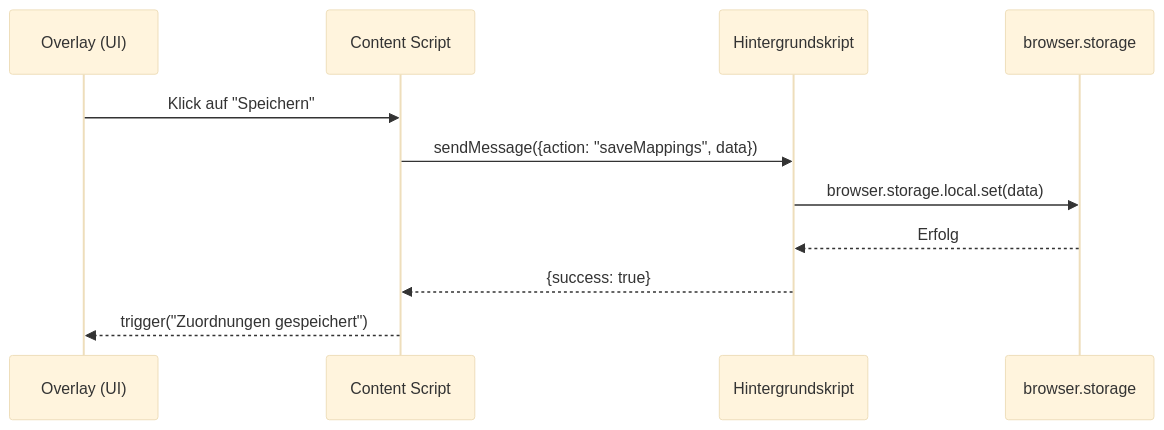
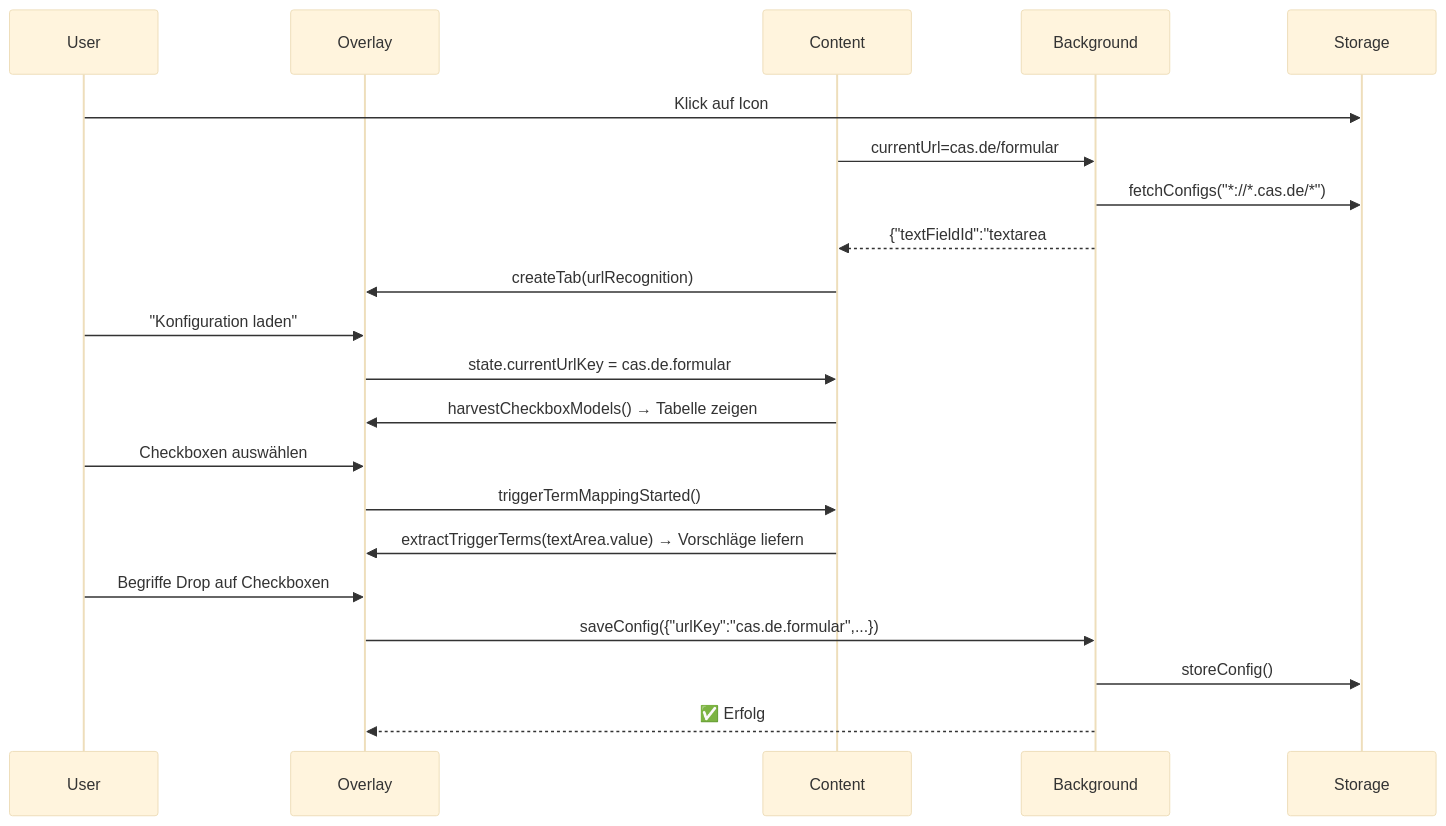
Before and after one commit to Esol1337HaXor/formtexter: the fourth of 4 diagrams in memory-bank/systemPatterns.md, drawn with Mermaid (base theme). The commit also changed other lines of this file and 11 other files, not shown here.

Commit message:
feat: FormTexter Addon - Overlay, MutationObserver, URL-basierte Erkennung

````diff
--- a/memory-bank/systemPatterns.md
+++ b/memory-bank/systemPatterns.md
@@ -48,14 +241,24 @@
-    ```mermaid
-    sequenceDiagram
-      participant Overlay as Overlay (UI)
-      participant Content as Content Script
-      participant Background as Hintergrundskript
-      participant Storage as browser.storage
+```mermaid
+sequenceDiagram
+    participant User
+    participant Overlay
+    participant Content
+    participant Background
+    participant Storage
 
-      Overlay->>Content: Klick auf "Speichern"
-      Content->>Background: sendMessage({action: "saveMappings", data})
-      Background->>Storage: browser.storage.local.set(data)
-      Storage-->>Background: Erfolg
-      Background-->>Content: {success: true}
-      Content-->>Overlay: trigger("Zuordnungen gespeichert")
-    ```
+    User->>Storage: Klick auf Icon
+    Content->>Background: currentUrl=cas.de/formular
+    Background->>Storage: fetchConfigs("*://*.cas.de/*")
+    Background-->>Content: {"textFieldId":"textarea#interests",...}
+    Content->>Overlay: createTab(urlRecognition)
+    User->>Overlay: "Konfiguration laden"
+    Overlay->>Content: state.currentUrlKey = cas.de.formular
+    Content->>Overlay: harvestCheckboxModels() → Tabelle zeigen
+    User->>Overlay: Checkboxen auswählen
+    Overlay->>Content: triggerTermMappingStarted()
+    Content->>Overlay: extractTriggerTerms(textArea.value) → Vorschläge liefern
+    User->>Overlay: Begriffe Drop auf Checkboxen
+    Overlay->>Background: saveConfig({"urlKey":"cas.de.formular",...})
+    Background->>Storage: storeConfig()
+    Background-->>Overlay: ✅ Erfolg
+```
````
